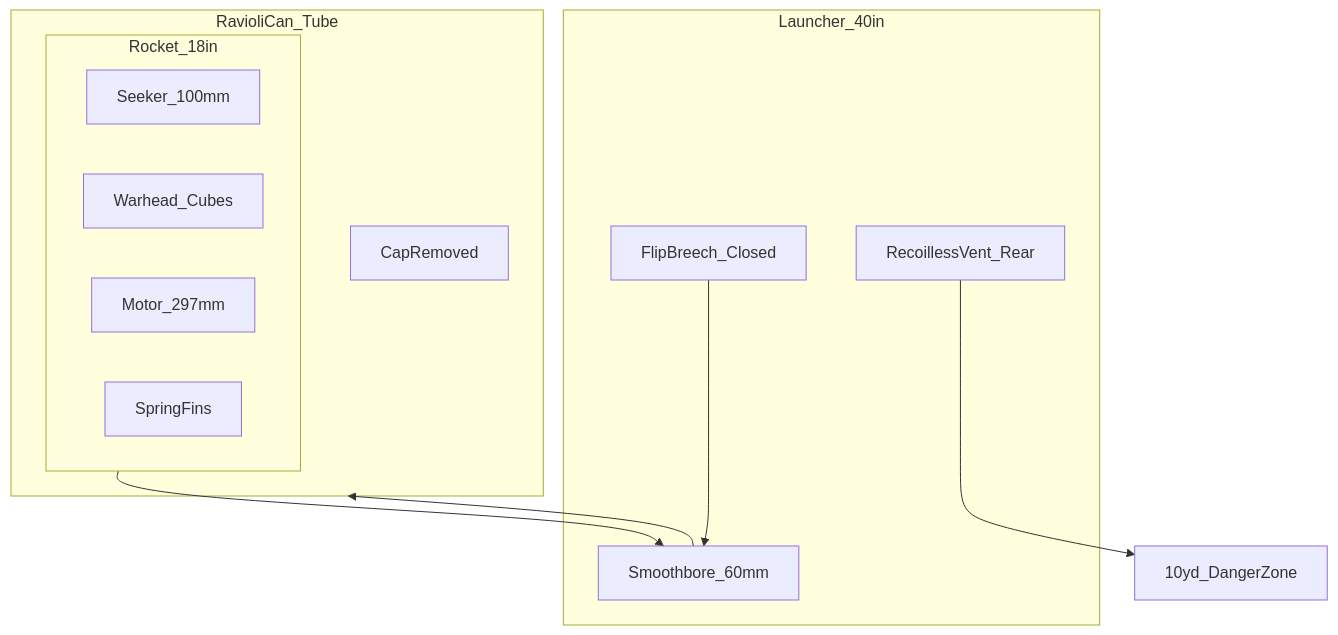
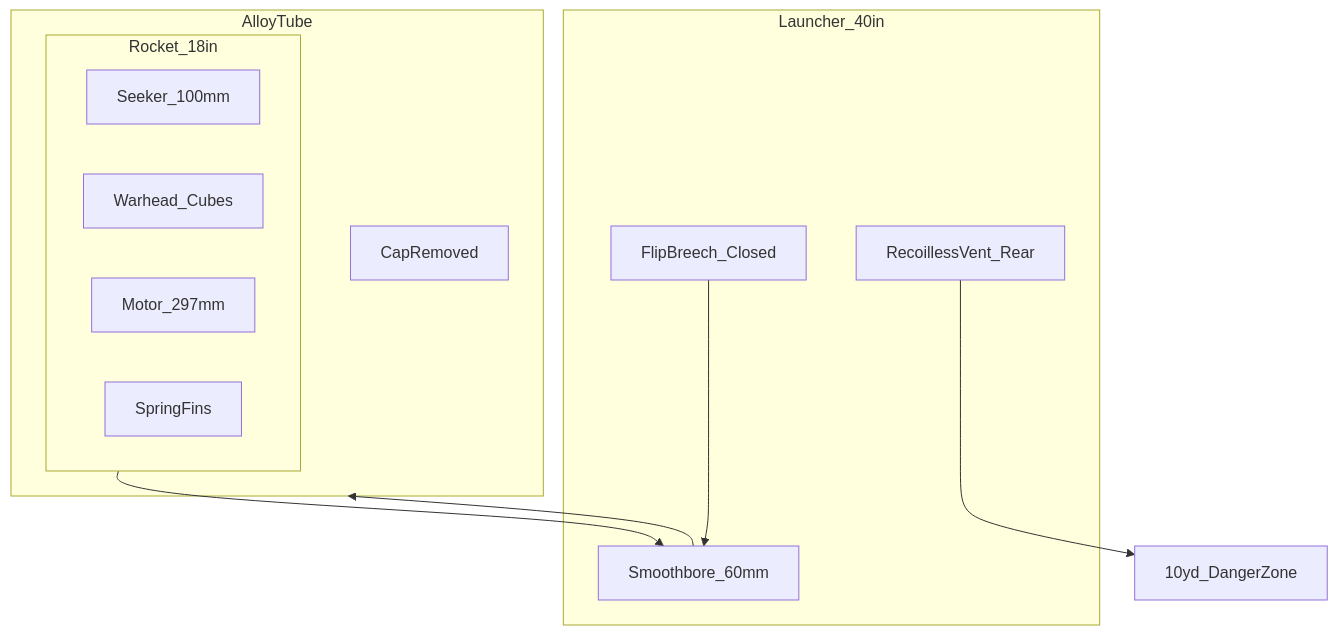
Before and after one commit to FratresMedAI/TKI-30-66: the second of 5 diagrams in docs/06-system-description.md, drawn with Mermaid. The commit also changed other lines of this file and 12 other files, not shown here.

First line of the commit message:
RADR v1.4.2: v11 foregrip art, alloy tube terminology.

````diff
--- a/docs/06-system-description.md
+++ b/docs/06-system-description.md
@@ -47,21 +47,21 @@
 ```mermaid
 flowchart TB
   subgraph Launcher [Launcher_40in]
     Bore[Smoothbore_60mm]
     BreechBlock[FlipBreech_Closed]
     Vent[RecoillessVent_Rear]
   end
-  subgraph Tube [RavioliCan_Tube]
+  subgraph Tube [AlloyTube]
     CapOff[CapRemoved]
     subgraph Rocket [Rocket_18in]
       Seeker[Seeker_100mm]
       WH[Warhead_Cubes]
       Motor[Motor_297mm]
       Fins[SpringFins]
     end
   end
   BreechBlock --> Bore
   Bore --> Tube
   Rocket --> Bore
   Vent --> VentNote[10yd_DangerZone]
 ```
````
